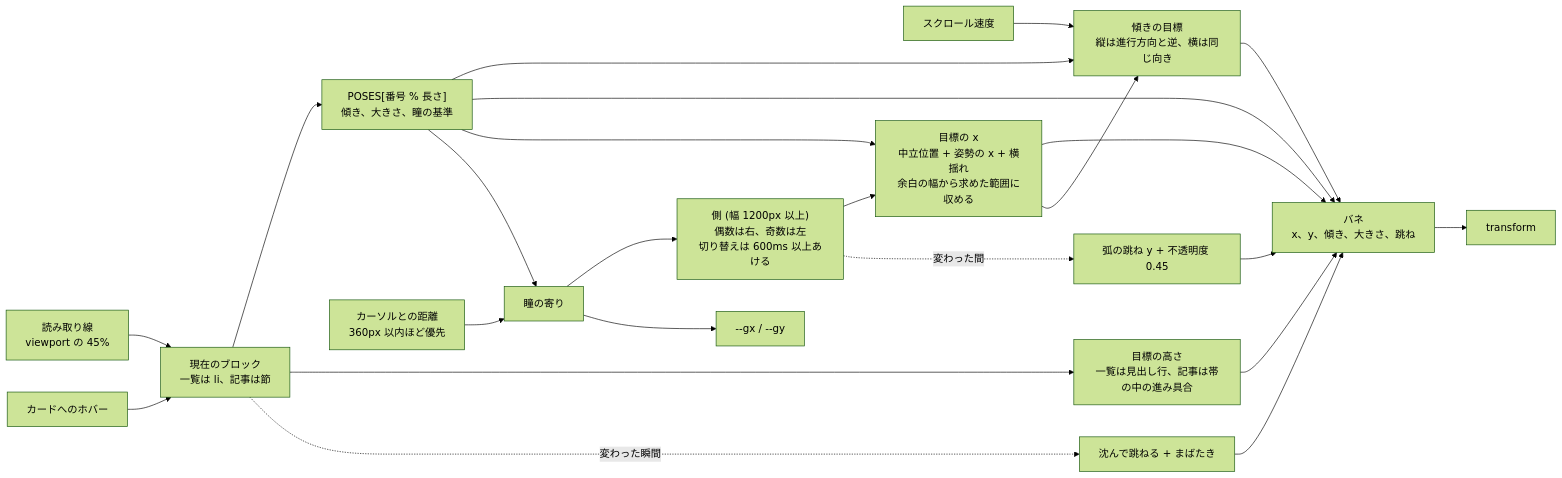
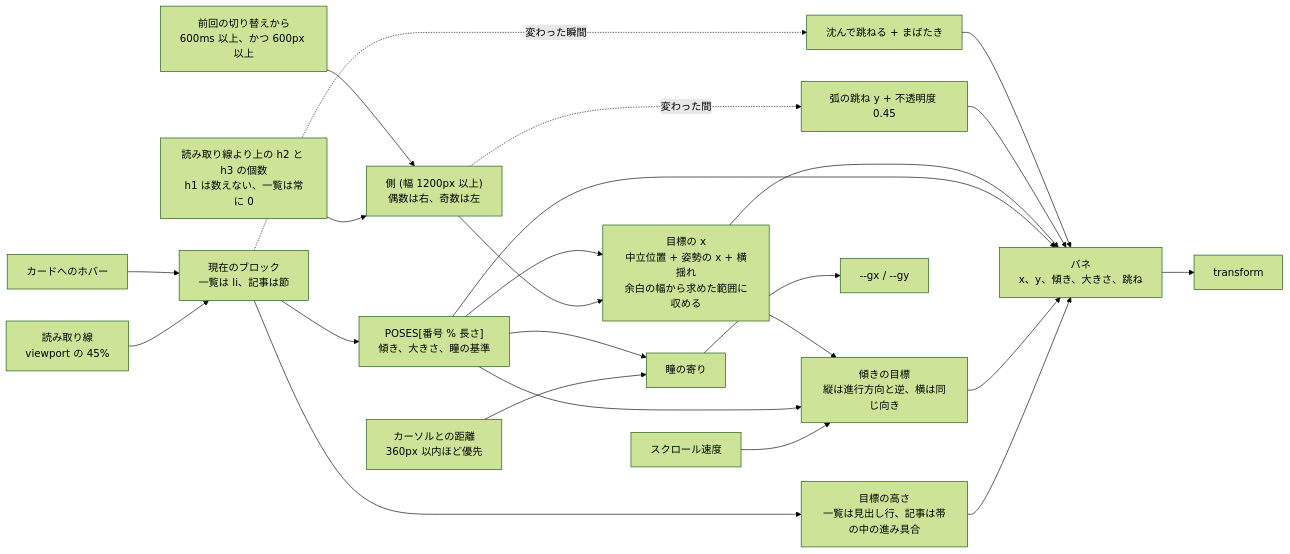
Before and after one commit to Asuforce/arki: the first of 2 diagrams in docs/architecture.md, drawn with Mermaid (forest theme). The commit also changed other lines of this file, not shown here.

Commit message:
docs: ゴーストの渡りを h2/h3 と 600ms/600px に合わせる

````diff
--- a/docs/architecture.md
+++ b/docs/architecture.md
@@ -62,25 +62,26 @@
 ```mermaid
 flowchart LR
   L["読み取り線<br/>viewport の 45%"] --> B["現在のブロック<br/>一覧は li、記事は節"]
   H["カードへのホバー"] --> B
   B --> P["POSES[番号 % 長さ]<br/>傾き、大きさ、瞳の基準"]
   B --> T["目標の高さ<br/>一覧は見出し行、記事は帯の中の進み具合"]
   V["スクロール速度"] --> R["傾きの目標<br/>縦は進行方向と逆、横は同じ向き"]
   P --> R
   T --> S["バネ<br/>x、y、傾き、大きさ、跳ね"]
   R --> S
   P --> S
-  G["読み取り線より上の h2 の個数<br/>一覧は常に 0"] --> D["側 (幅 1200px 以上)<br/>偶数は右、奇数は左<br/>切り替えは 600ms 以上あける"]
+  N["読み取り線より上の h2 と h3 の個数<br/>h1 は数えない、一覧は常に 0"] --> D["側 (幅 1200px 以上)<br/>偶数は右、奇数は左"]
+  K["前回の切り替えから<br/>600ms 以上、かつ 600px 以上"] --> D
   D --> X["目標の x<br/>中立位置 + 姿勢の x + 横揺れ<br/>余白の幅から求めた範囲に収める"]
   P --> X
   X --> S
   X --> R
   D -. "変わった間" .-> O["弧の跳ね y + 不透明度 0.45"]
   O --> S
   B -. "変わった瞬間" .-> J["沈んで跳ねる + まばたき"]
   J --> S
   C["カーソルとの距離<br/>360px 以内ほど優先"] --> G["瞳の寄り"]
   P --> G
   S --> E["transform"]
   G --> Q["--gx / --gy"]
 ```
````
